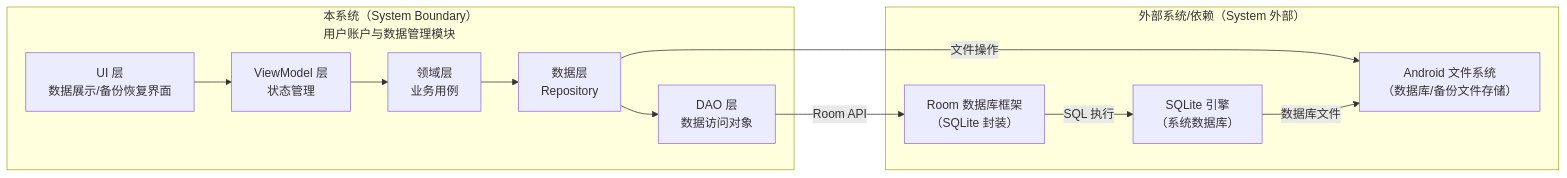
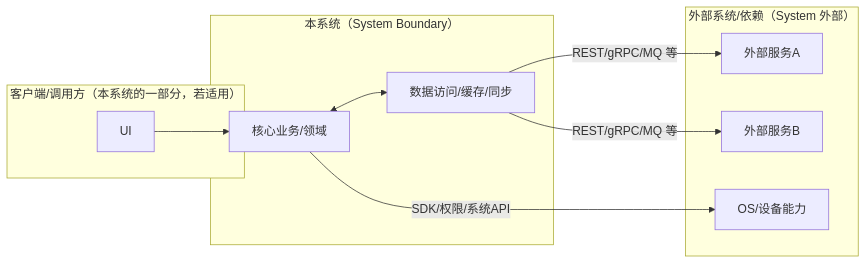
The first of 11 diagrams in specs/epics/EPIC-001-word-memory-app/features/FEAT-005-user-account-data/plan.md (jackykarma/Verity), drawn with Mermaid before and after one commit. The commit also changed other lines of this file and 20 other files, not shown here.

````diff
--- a/specs/epics/EPIC-001-word-memory-app/features/FEAT-005-user-account-data/plan.md
+++ b/specs/epics/EPIC-001-word-memory-app/features/FEAT-005-user-account-data/plan.md
@@ -58,23 +65,21 @@
 ```mermaid
 flowchart LR
-  subgraph System["本系统（System Boundary）<br/>用户账户与数据管理模块"]
-    UI[UI 层<br/>数据展示/备份恢复界面]
-    ViewModel[ViewModel 层<br/>状态管理]
-    UseCase[领域层<br/>业务用例]
-    Repository[数据层<br/>Repository]
-    DAO[DAO 层<br/>数据访问对象]
+  %% TODO: 用真实系统名替换，并体现“系统边界”与“外部系统”
+  subgraph Client["客户端/调用方（本系统的一部分，若适用）"]
+    UI[UI]
+  end
+  subgraph System["本系统（System Boundary）"]
+    Core[核心业务/领域]
+    Data[数据访问/缓存/同步]
   end
   subgraph External["外部系统/依赖（System 外部）"]
-    Room["Room 数据库框架<br/>（SQLite 封装）"]
-    SQLite["SQLite 引擎<br/>（系统数据库）"]
-    FileSystem["Android 文件系统<br/>（数据库/备份文件存储）"]
+    SvcA[外部服务A]
+    SvcB[外部服务B]
+    OS[OS/设备能力]
   end
-  UI --> ViewModel
-  ViewModel --> UseCase
-  UseCase --> Repository
-  Repository --> DAO
-  DAO -->|Room API| Room
-  Room -->|SQL 执行| SQLite
-  Repository -->|文件操作| FileSystem
-  SQLite -->|数据库文件| FileSystem
+  UI --> Core
+  Core <--> Data
+  Data -->|REST/gRPC/MQ 等| SvcA
+  Data -->|REST/gRPC/MQ 等| SvcB
+  Core -->|SDK/权限/系统API| OS
 ```
````
